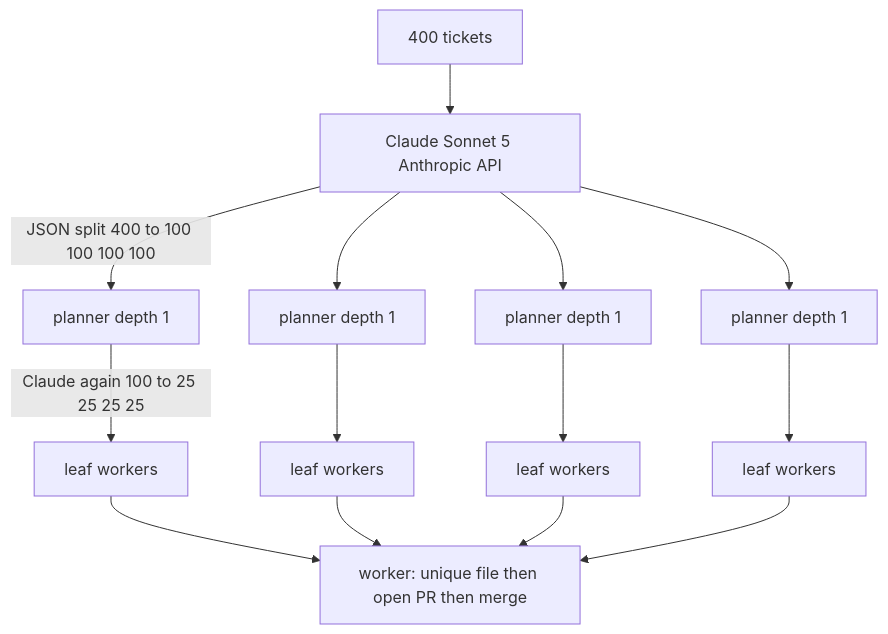
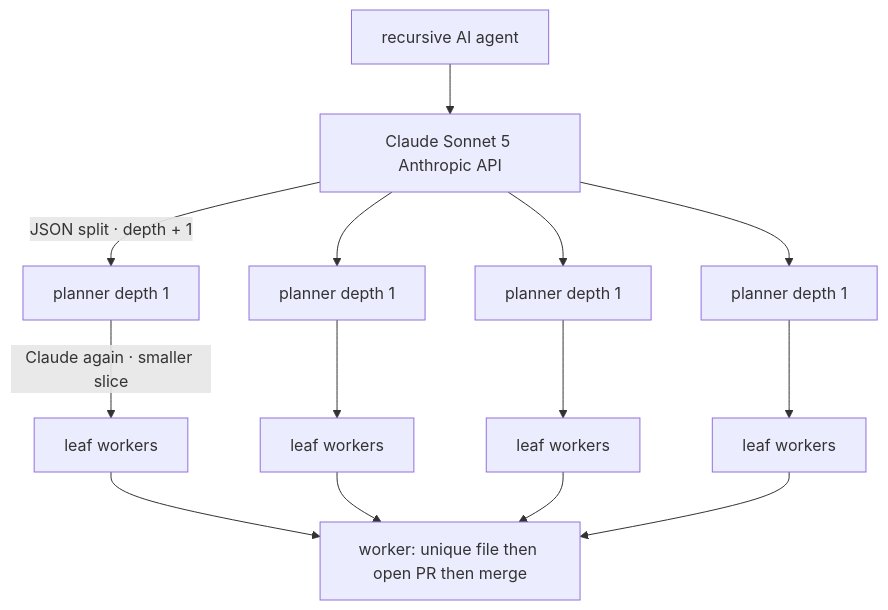
Before and after one commit to ranjan2829/Alpha-throttle-test: the diagram in README.md, drawn with Mermaid.

Commit message:
Keep the branched Claude mermaid, drop the 400-ticket labels

````diff
--- a/README.md
+++ b/README.md
@@ -30,16 +30,16 @@
 ```mermaid
 flowchart TD
-  T[400 tickets] --> C[Claude Sonnet 5 Anthropic API]
-  C -->|JSON split 400 to 100 100 100 100| P1[planner depth 1]
+  T[recursive AI agent] --> C[Claude Sonnet 5 Anthropic API]
+  C -->|JSON split · depth + 1| P1[planner depth 1]
   C --> P2[planner depth 1]
   C --> P3[planner depth 1]
   C --> P4[planner depth 1]
-  P1 -->|Claude again 100 to 25 25 25 25| L1[leaf workers]
+  P1 -->|Claude again · smaller slice| L1[leaf workers]
   P2 --> L2[leaf workers]
   P3 --> L3[leaf workers]
   P4 --> L4[leaf workers]
   L1 --> W[worker: unique file then open PR then merge]
   L2 --> W
   L3 --> W
   L4 --> W
 ```
````
